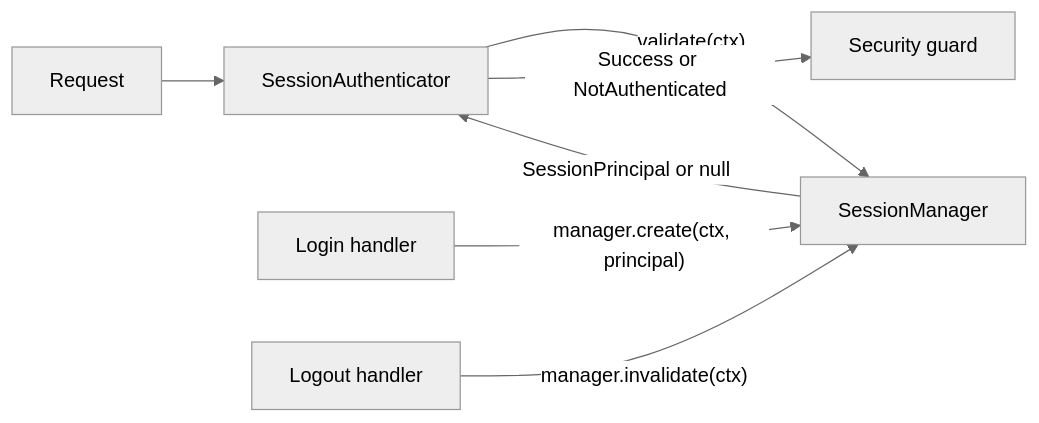
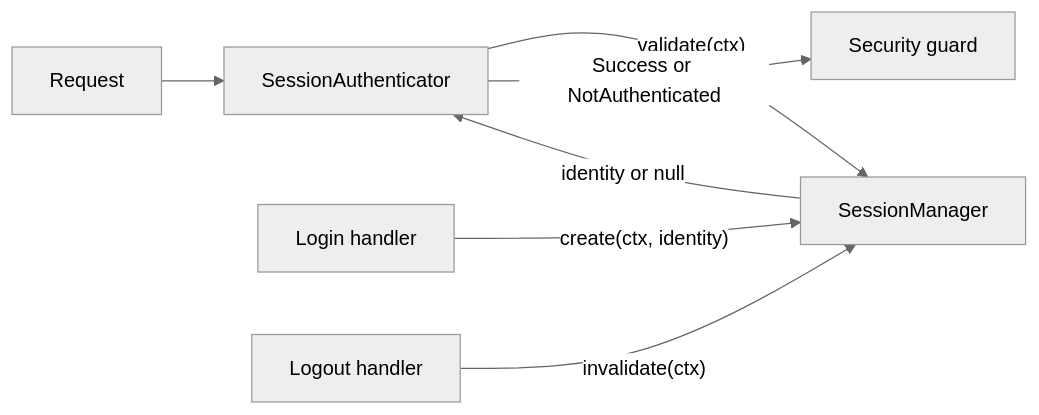
Before and after one commit to mzlnk/javalin-security: the diagram in docs/content/extensions/session.md, drawn with Mermaid (neutral theme). The commit also changed other lines of this file and 79 other files, not shown here.

````diff
--- a/docs/content/extensions/session.md
+++ b/docs/content/extensions/session.md
@@ -24,9 +25,9 @@
 ```mermaid
 flowchart LR
     Request --> Authenticator[SessionAuthenticator]
     Authenticator -- "validate(ctx)" --> Manager[SessionManager]
-    Login[Login handler] -- "manager.create(ctx, principal)" --> Manager
-    Logout[Logout handler] -- "manager.invalidate(ctx)" --> Manager
-    Manager -- "SessionPrincipal or null" --> Authenticator
+    Login[Login handler] -- "create(ctx, identity)" --> Manager
+    Logout[Logout handler] -- "invalidate(ctx)" --> Manager
+    Manager -- "identity or null" --> Authenticator
     Authenticator -- Success or NotAuthenticated --> Guard[Security guard]
 ```
````
